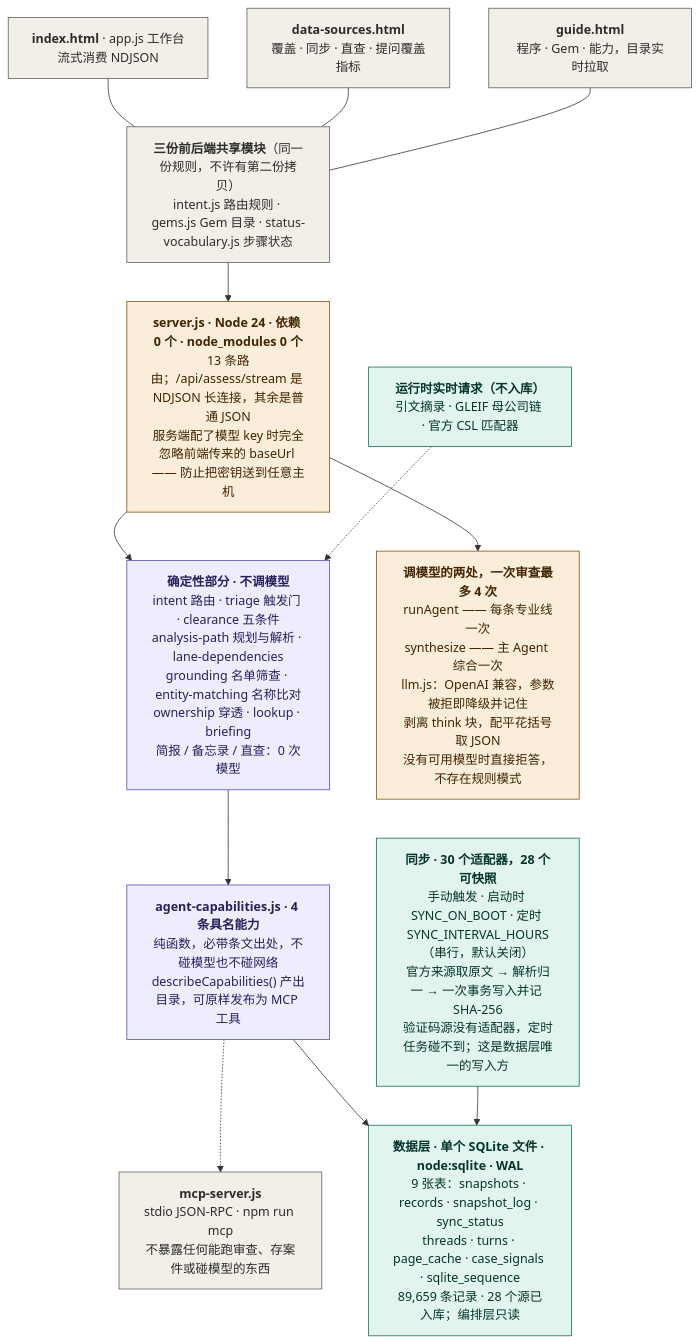
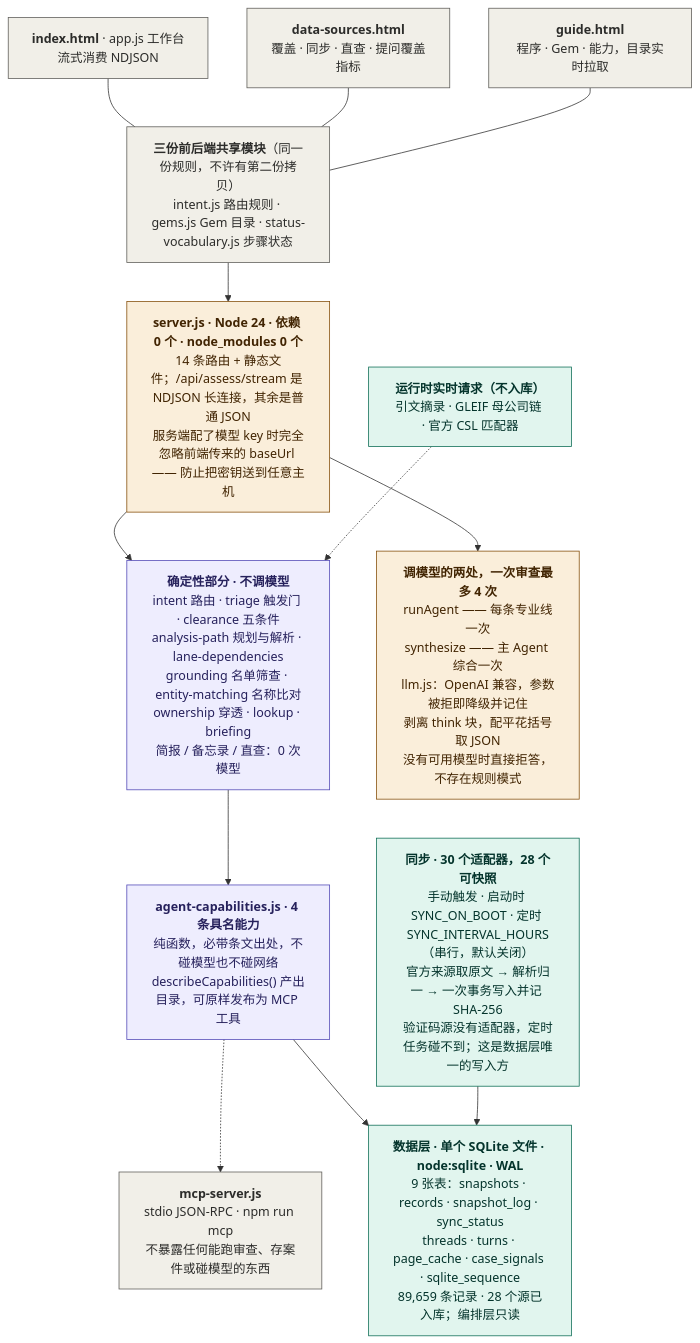
The diagram in diagrams/2-技术架构.mmd (strangeromo-cloud/compliance_hub), drawn with Mermaid before and after one commit. The commit also changed 2 other files, not shown here.

First paragraph of the commit message:
Audit the layered diagram against the code, and add the two loops it left out
Checked every count and sequence rather than trusting the drawing. Four
disagreed.

```diff
--- a/diagrams/2-技术架构.mmd
+++ b/diagrams/2-技术架构.mmd
@@ -1,41 +1,41 @@
 flowchart TD
 
 B1["<b>index.html</b> · app.js 工作台<br/>流式消费 NDJSON"]
 B2["<b>data-sources.html</b><br/>覆盖 · 同步 · 直查 · 提问覆盖指标"]
 B3["<b>guide.html</b><br/>程序 · Gem · 能力，目录实时拉取"]
 
 SH["<b>三份前后端共享模块</b>（同一份规则，不许有第二份拷贝）<br/>intent.js 路由规则 · gems.js Gem 目录 · status-vocabulary.js 步骤状态"]
 
 B1 --- SH
 B2 --- SH
 B3 --- SH
 
-SH --> SRV["<b>server.js · Node 24 · 依赖 0 个 · node_modules 0 个</b><br/>13 条路由；/api/assess/stream 是 NDJSON 长连接，其余是普通 JSON<br/>服务端配了模型 key 时完全忽略前端传来的 baseUrl —— 防止把密钥送到任意主机"]
+SH --> SRV["<b>server.js · Node 24 · 依赖 0 个 · node_modules 0 个</b><br/>14 条路由 + 静态文件；/api/assess/stream 是 NDJSON 长连接，其余是普通 JSON<br/>服务端配了模型 key 时完全忽略前端传来的 baseUrl —— 防止把密钥送到任意主机"]
 
 SRV --> DET["<b>确定性部分 · 不调模型</b><br/>intent 路由 · triage 触发门 · clearance 五条件<br/>analysis-path 规划与解析 · lane-dependencies<br/>grounding 名单筛查 · entity-matching 名称比对<br/>ownership 穿透 · lookup · briefing<br/>简报 / 备忘录 / 直查：0 次模型"]
 
 SRV --> LLM["<b>调模型的两处，一次审查最多 4 次</b><br/>runAgent —— 每条专业线一次<br/>synthesize —— 主 Agent 综合一次<br/>llm.js：OpenAI 兼容，参数被拒即降级并记住<br/>剥离 think 块，配平花括号取 JSON<br/>没有可用模型时直接拒答，不存在规则模式"]
 
 DET --> CAP["<b>agent-capabilities.js · 4 条具名能力</b><br/>纯函数，必带条文出处，不碰模型也不碰网络<br/>describeCapabilities() 产出目录，可原样发布为 MCP 工具"]
 
 CAP -.-> MCP["<b>mcp-server.js</b><br/>stdio JSON-RPC · npm run mcp<br/>不暴露任何能跑审查、存案件或碰模型的东西"]
 
 CAP --> DB["<b>数据层 · 单个 SQLite 文件 · node:sqlite · WAL</b><br/>9 张表：snapshots · records · snapshot_log · sync_status<br/>threads · turns · page_cache · case_signals · sqlite_sequence<br/>89,659 条记录 · 28 个源已入库；编排层只读"]
 
 SYNC["<b>同步 · 30 个适配器，28 个可快照</b><br/>手动触发 · 启动时 SYNC_ON_BOOT · 定时 SYNC_INTERVAL_HOURS（串行，默认关闭）<br/>官方来源取原文 → 解析归一 → 一次事务写入并记 SHA-256<br/>验证码源没有适配器，定时任务碰不到；这是数据层唯一的写入方"]
 
 SYNC --> DB
 
 LIVE["<b>运行时实时请求（不入库）</b><br/>引文摘录 · GLEIF 母公司链 · 官方 CSL 匹配器"]
 LIVE -.-> DET
 
 classDef master fill:#FAEEDA,stroke:#854F0B,stroke-width:1px,color:#412402
 classDef agent  fill:#EEEDFE,stroke:#534AB7,stroke-width:1px,color:#26215C
 classDef plain  fill:#F1EFE8,stroke:#5F5E5A,stroke-width:1px,color:#2C2C2A
 classDef data   fill:#E1F5EE,stroke:#0F6E56,stroke-width:1px,color:#04342C
 
 class SRV master
 class LLM master
 class DET,CAP agent
 class B1,B2,B3,SH,MCP plain
 class DB,SYNC,LIVE data
```
